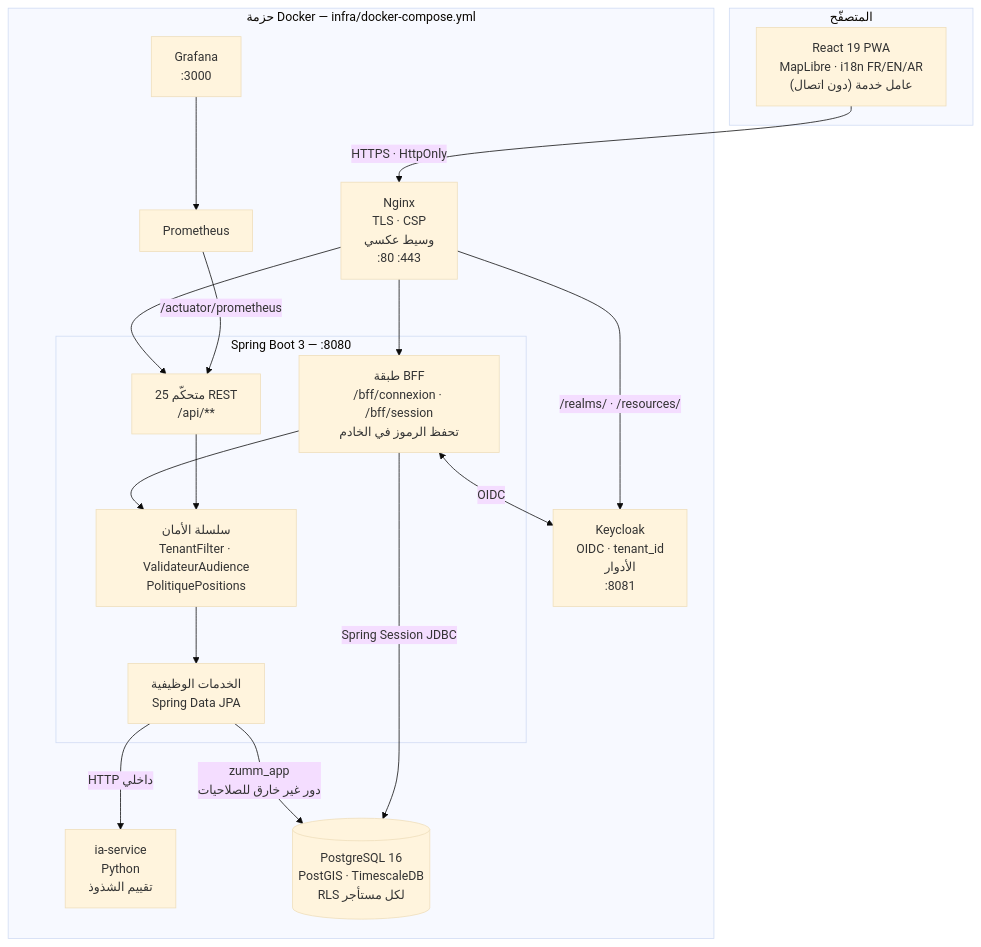
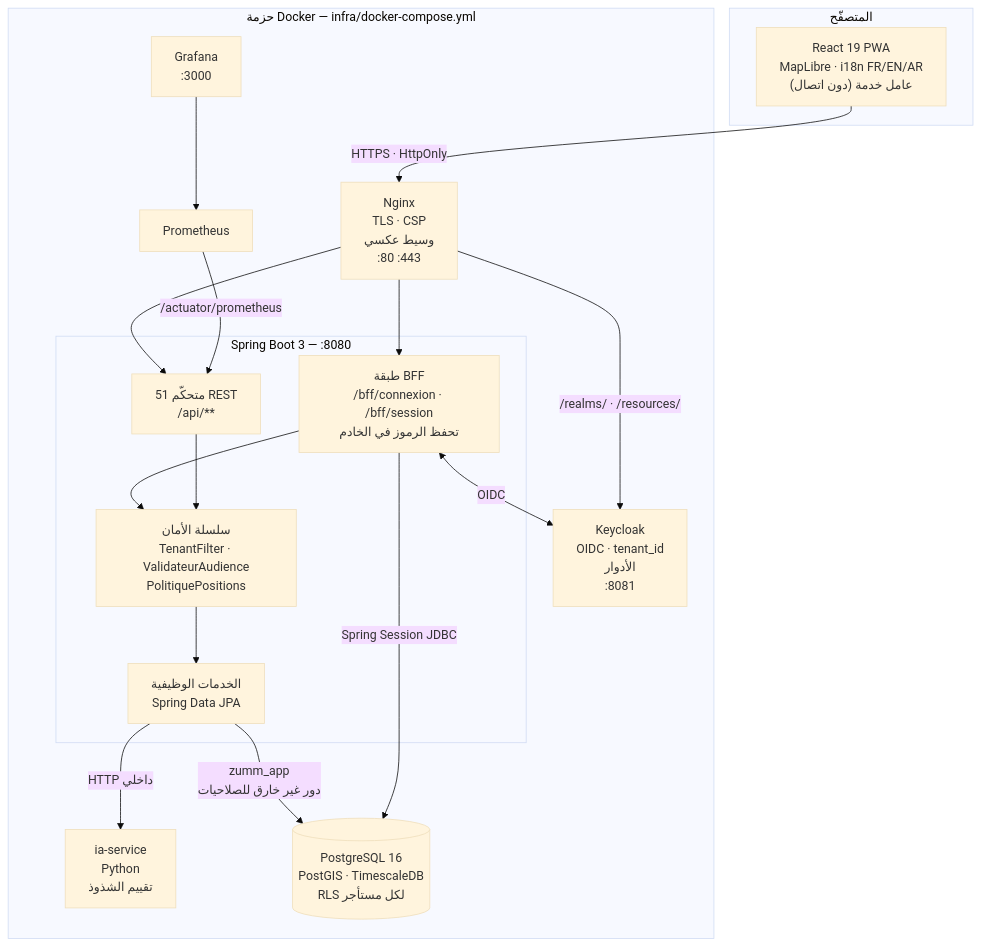
Before and after one commit to iyednefzi99/Z-mm: the diagram in README.ar.md, drawn with Mermaid (base theme). The commit also changed other lines of this file and 3 other files, not shown here.

````diff
--- a/README.ar.md
+++ b/README.ar.md
@@ -110,38 +110,38 @@
 ```mermaid
 flowchart TB
     subgraph nav["المتصفّح"]
         PWA["React 19 PWA<br/>MapLibre · i18n FR/EN/AR<br/>عامل خدمة (دون اتصال)"]
     end
 
     PWA -- "HTTPS · HttpOnly" --> NGINX
 
     subgraph docker["حزمة Docker — infra/docker-compose.yml"]
         NGINX["Nginx<br/>TLS · CSP<br/>وسيط عكسي<br/>:80 :443"]
 
         subgraph api["Spring Boot 3 — :8080"]
             BFF["طبقة BFF<br/>/bff/connexion · /bff/session<br/>تحفظ الرموز في الخادم"]
             SEC["سلسلة الأمان<br/>TenantFilter · ValidateurAudience<br/>PolitiquePositions"]
-            REST["25 متحكّم REST<br/>/api/**"]
+            REST["51 متحكّم REST<br/>/api/**"]
             METIER["الخدمات الوظيفية<br/>Spring Data JPA"]
         end
 
         KC["Keycloak<br/>OIDC · tenant_id<br/>الأدوار<br/>:8081"]
         IA["ia-service<br/>Python<br/>تقييم الشذوذ"]
         PG[("PostgreSQL 16<br/>PostGIS · TimescaleDB<br/>RLS لكل مستأجر")]
         PROM["Prometheus"]
         GRAF["Grafana<br/>:3000"]
     end
 
     NGINX --> BFF
     NGINX --> REST
     NGINX -- "/realms/ · /resources/" --> KC
     BFF <-- "OIDC" --> KC
     BFF --> SEC
     REST --> SEC
     SEC --> METIER
     METIER -- "zumm_app<br/>دور غير خارق للصلاحيات" --> PG
     METIER -- "HTTP داخلي" --> IA
     BFF -- "Spring Session JDBC" --> PG
     PROM -- "/actuator/prometheus" --> REST
     GRAF --> PROM
 ```
````
